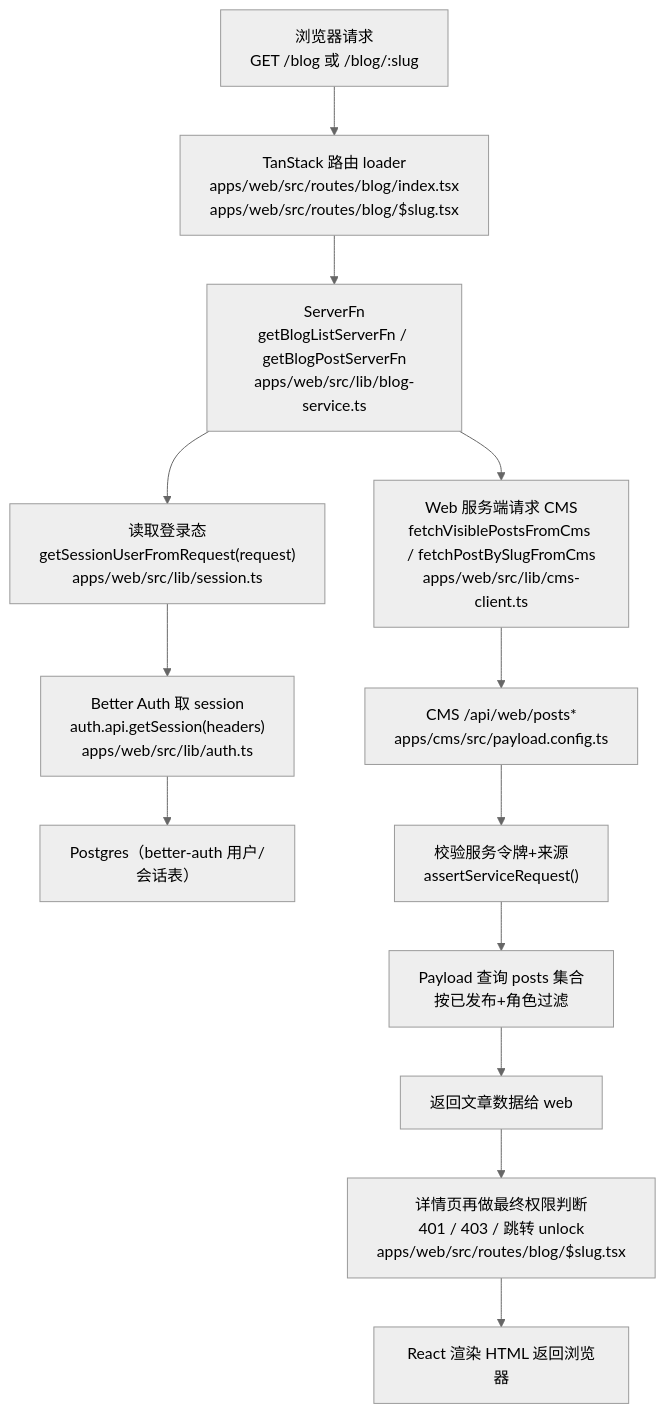
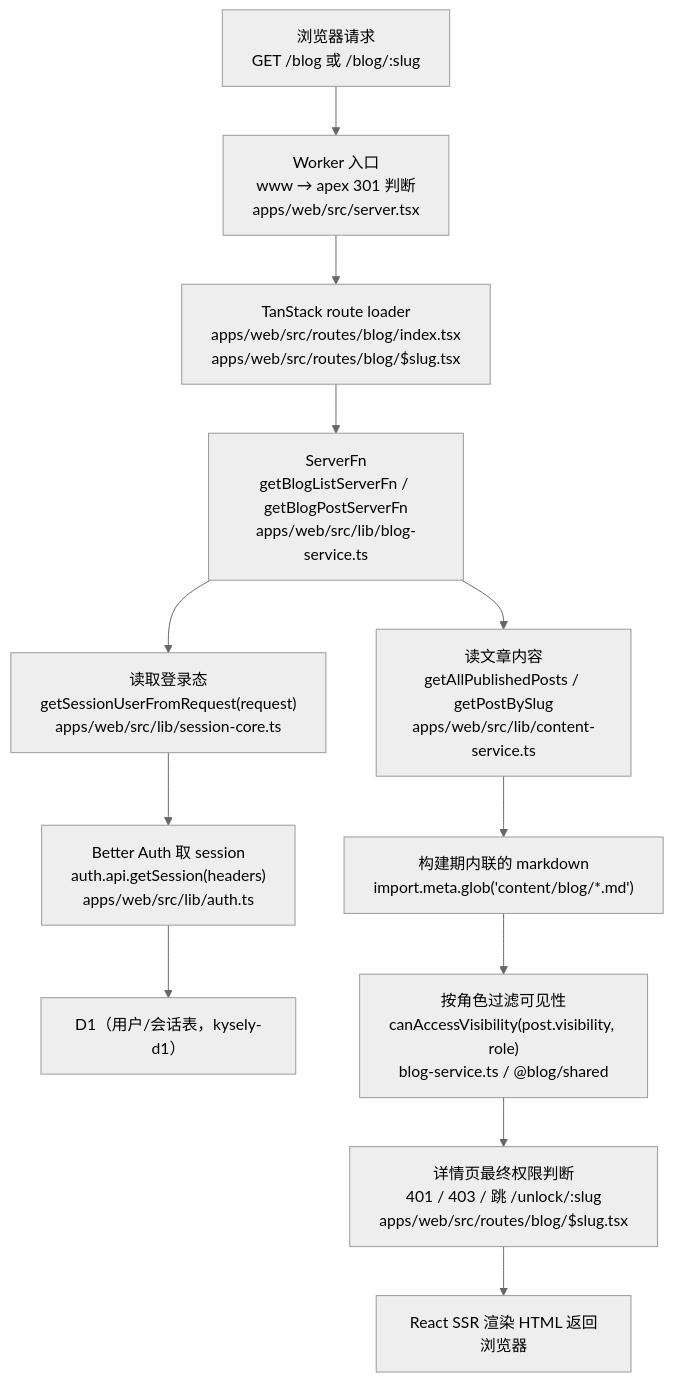
Before and after one commit to PerfectPan/blog: the first of 2 diagrams in docs/request-flow.md, drawn with Mermaid (neutral theme). The commit also changed other lines of this file and 11 other files, not shown here.

````diff
--- a/docs/request-flow.md
+++ b/docs/request-flow.md
@@ -7,15 +8,14 @@
 ```mermaid
 flowchart TD
-  A["浏览器请求<br/>GET /blog 或 /blog/:slug"] --> B["TanStack 路由 loader<br/>apps/web/src/routes/blog/index.tsx<br/>apps/web/src/routes/blog/$slug.tsx"]
+  A["浏览器请求<br/>GET /blog 或 /blog/:slug"] --> W["Worker 入口<br/>www → apex 301 判断<br/>apps/web/src/server.tsx"]
+  W --> B["TanStack route loader<br/>apps/web/src/routes/blog/index.tsx<br/>apps/web/src/routes/blog/$slug.tsx"]
   B --> C["ServerFn<br/>getBlogListServerFn / getBlogPostServerFn<br/>apps/web/src/lib/blog-service.ts"]
-  C --> D["读取登录态<br/>getSessionUserFromRequest(request)<br/>apps/web/src/lib/session.ts"]
+  C --> D["读取登录态<br/>getSessionUserFromRequest(request)<br/>apps/web/src/lib/session-core.ts"]
   D --> E["Better Auth 取 session<br/>auth.api.getSession(headers)<br/>apps/web/src/lib/auth.ts"]
-  E --> F["Postgres（better-auth 用户/会话表）"]
-  C --> G["Web 服务端请求 CMS<br/>fetchVisiblePostsFromCms / fetchPostBySlugFromCms<br/>apps/web/src/lib/cms-client.ts"]
-  G --> H["CMS /api/web/posts*<br/>apps/cms/src/payload.config.ts"]
-  H --> I["校验服务令牌+来源<br/>assertServiceRequest()"]
-  I --> J["Payload 查询 posts 集合<br/>按已发布+角色过滤"]
-  J --> K["返回文章数据给 web"]
-  K --> L["详情页再做最终权限判断<br/>401 / 403 / 跳转 unlock<br/>apps/web/src/routes/blog/$slug.tsx"]
-  L --> M["React 渲染 HTML 返回浏览器"]
+  E --> F["D1（用户/会话表，kysely-d1）"]
+  C --> G["读文章内容<br/>getAllPublishedPosts / getPostBySlug<br/>apps/web/src/lib/content-service.ts"]
+  G --> H["构建期内联的 markdown<br/>import.meta.glob('content/blog/*.md')"]
+  H --> I["按角色过滤可见性<br/>canAccessVisibility(post.visibility, role)<br/>blog-service.ts / @blog/shared"]
+  I --> J["详情页最终权限判断<br/>401 / 403 / 跳 /unlock/:slug<br/>apps/web/src/routes/blog/$slug.tsx"]
+  J --> K["React SSR 渲染 HTML 返回浏览器"]
 ```
````
